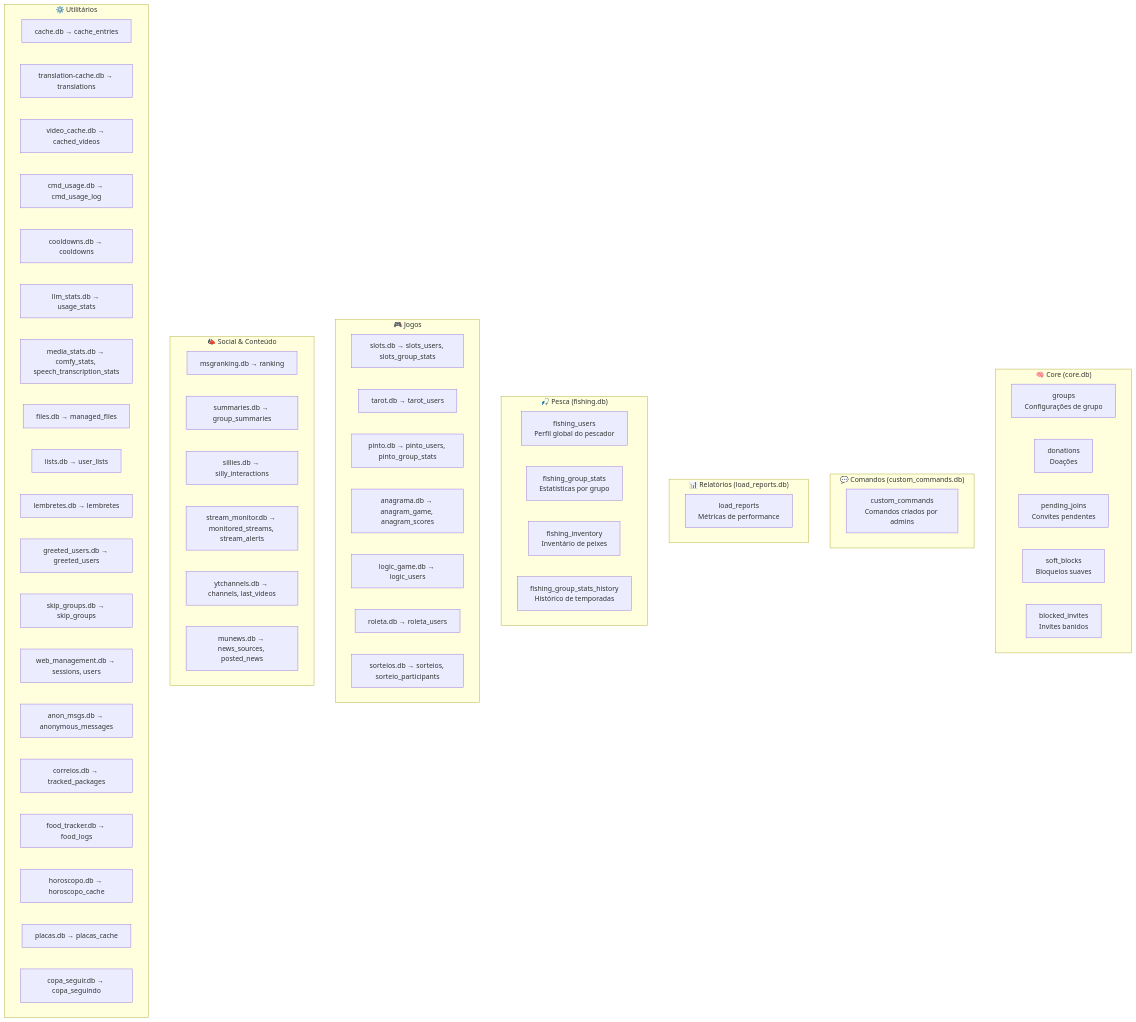
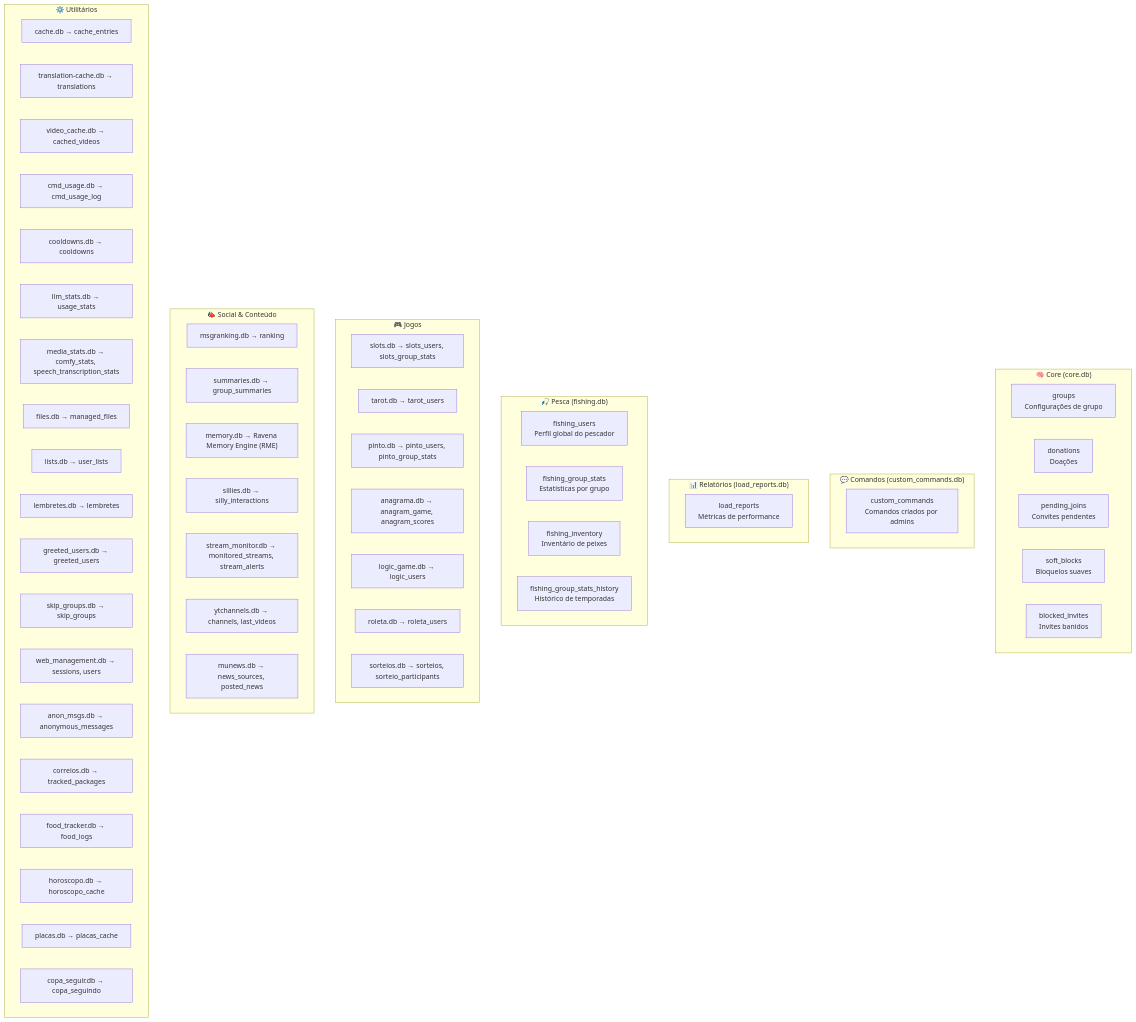
The diagram in DATABASE_TABLES.md (moothz/ravena-ai), drawn with Mermaid before and after one commit. The commit also changed other lines of this file and 10 other files, not shown here.

Commit message:
feat(memory): implementar Ravena Memory Engine com dossies 360, embeddings BGE-M3 e painel web

````diff
--- a/DATABASE_TABLES.md
+++ b/DATABASE_TABLES.md
@@ -10,66 +10,67 @@
 ```mermaid
 graph TD
     subgraph CORE ["🧠 Core (core.db)"]
         groups["groups\nConfigurações de grupo"]
         donations["donations\nDoações"]
         pending_joins["pending_joins\nConvites pendentes"]
         soft_blocks["soft_blocks\nBloqueios suaves"]
         blocked_invites["blocked_invites\nInvites banidos"]
     end
 
     subgraph CMDS ["💬 Comandos (custom_commands.db)"]
         custom_commands["custom_commands\nComandos criados por admins"]
     end
 
     subgraph REPORTS ["📊 Relatórios (load_reports.db)"]
         load_reports["load_reports\nMétricas de performance"]
     end
 
     subgraph FISHING ["🎣 Pesca (fishing.db)"]
         fishing_users["fishing_users\nPerfil global do pescador"]
         fishing_group_stats["fishing_group_stats\nEstatísticas por grupo"]
         fishing_inventory["fishing_inventory\nInventário de peixes"]
         fishing_group_stats_history["fishing_group_stats_history\nHistórico de temporadas"]
     end
 
     subgraph GAMES ["🎮 Jogos"]
         slots["slots.db → slots_users, slots_group_stats"]
         tarot["tarot.db → tarot_users"]
         pinto["pinto.db → pinto_users, pinto_group_stats"]
         anagram["anagrama.db → anagram_game, anagram_scores"]
         logic["logic_game.db → logic_users"]
         roleta["roleta.db → roleta_users"]
         sorteios["sorteios.db → sorteios, sorteio_participants"]
     end
 
     subgraph SOCIAL ["📣 Social & Conteúdo"]
         ranking["msgranking.db → ranking"]
         summaries["summaries.db → group_summaries"]
+        memory["memory.db → Ravena Memory Engine (RME)"]
         sillies["sillies.db → silly_interactions"]
         stream["stream_monitor.db → monitored_streams, stream_alerts"]
         ytchannels["ytchannels.db → channels, last_videos"]
         munews["munews.db → news_sources, posted_news"]
     end
 
     subgraph UTILS ["⚙️ Utilitários"]
         cache["cache.db → cache_entries"]
         translation_cache["translation-cache.db → translations"]
         video_cache["video_cache.db → cached_videos"]
         cmd_usage["cmd_usage.db → cmd_usage_log"]
         cooldowns["cooldowns.db → cooldowns"]
         llm_stats["llm_stats.db → usage_stats"]
         media_stats["media_stats.db → comfy_stats, speech_transcription_stats"]
         files["files.db → managed_files"]
         lists["lists.db → user_lists"]
         lembretes["lembretes.db → lembretes"]
         greeted["greeted_users.db → greeted_users"]
         skip_groups["skip_groups.db → skip_groups"]
         web_mgmt["web_management.db → sessions, users"]
         anon_msgs["anon_msgs.db → anonymous_messages"]
         correios["correios.db → tracked_packages"]
         food_tracker["food_tracker.db → food_logs"]
         horoscopo["horoscopo.db → horoscopo_cache"]
         placas["placas.db → placas_cache"]
         copa_seguir["copa_seguir.db → copa_seguindo"]
     end
 ```
````
